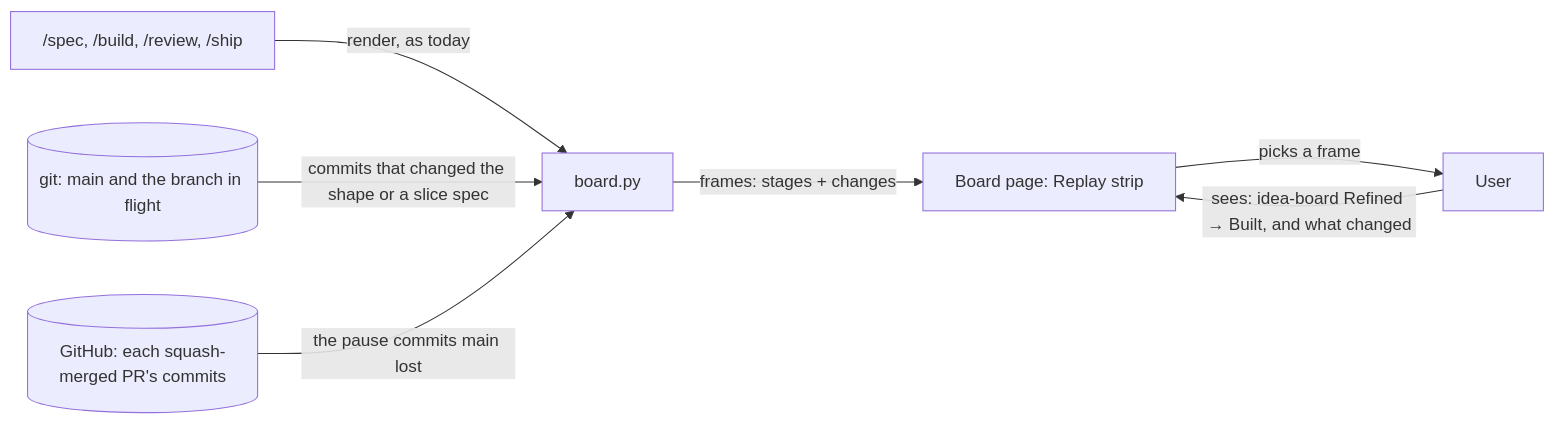
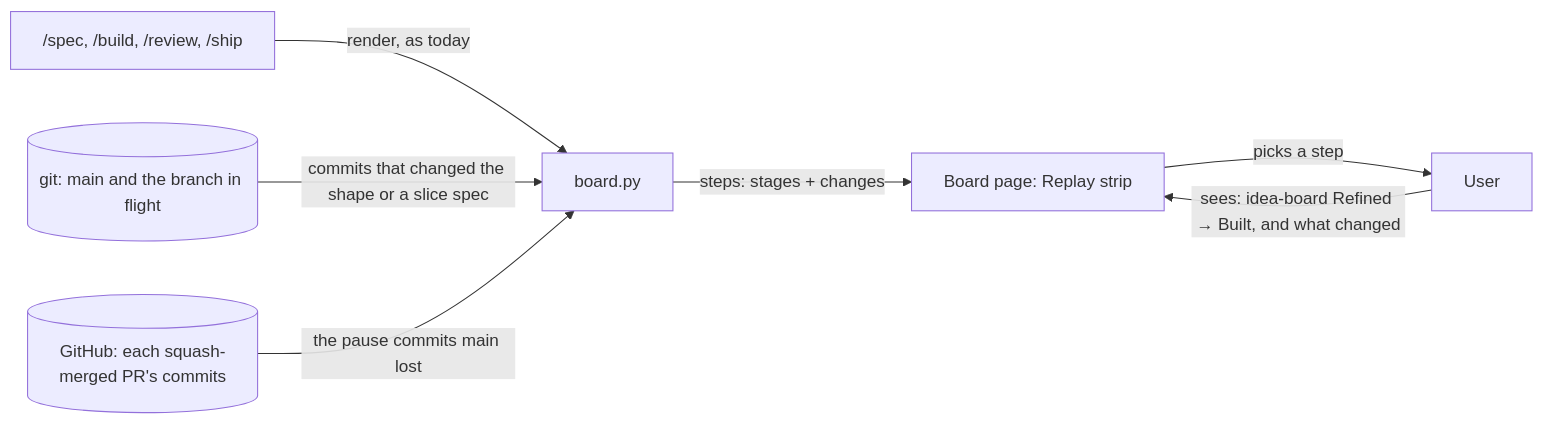
The first of 2 diagrams in docs/specs/replay.md (dzaffren/claude-plugin), drawn with Mermaid before and after one commit. The commit also changed other lines of this file, not shown here.

Commit message:
docs(spec): add replay interface

````diff
--- a/docs/specs/replay.md
+++ b/docs/specs/replay.md
@@ -31,9 +31,9 @@
 ```mermaid
 flowchart LR
   ST["/spec, /build, /review, /ship"] -- "render, as today" --> BP[board.py]
   G[(git: main and the branch in flight)] -- commits that changed the shape or a slice spec --> BP
   PR[(GitHub: each squash-merged PR's commits)] -- the pause commits main lost --> BP
-  BP -- "frames: stages + changes" --> PG[Board page: Replay strip]
-  PG -- picks a frame --> U[User]
+  BP -- "steps: stages + changes" --> PG[Board page: Replay strip]
+  PG -- picks a step --> U[User]
   U -- "sees: idea-board Refined → Built, and what changed" --> PG
 ```
````
